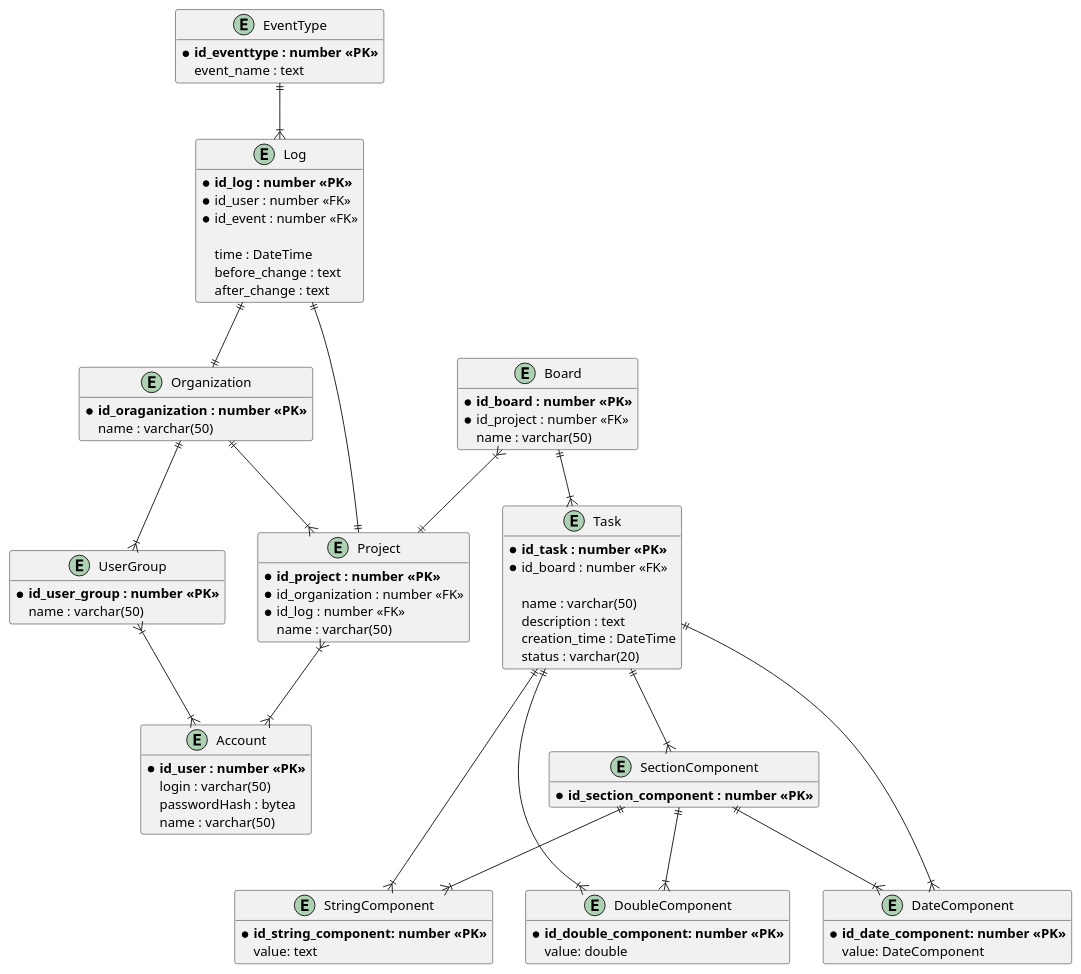
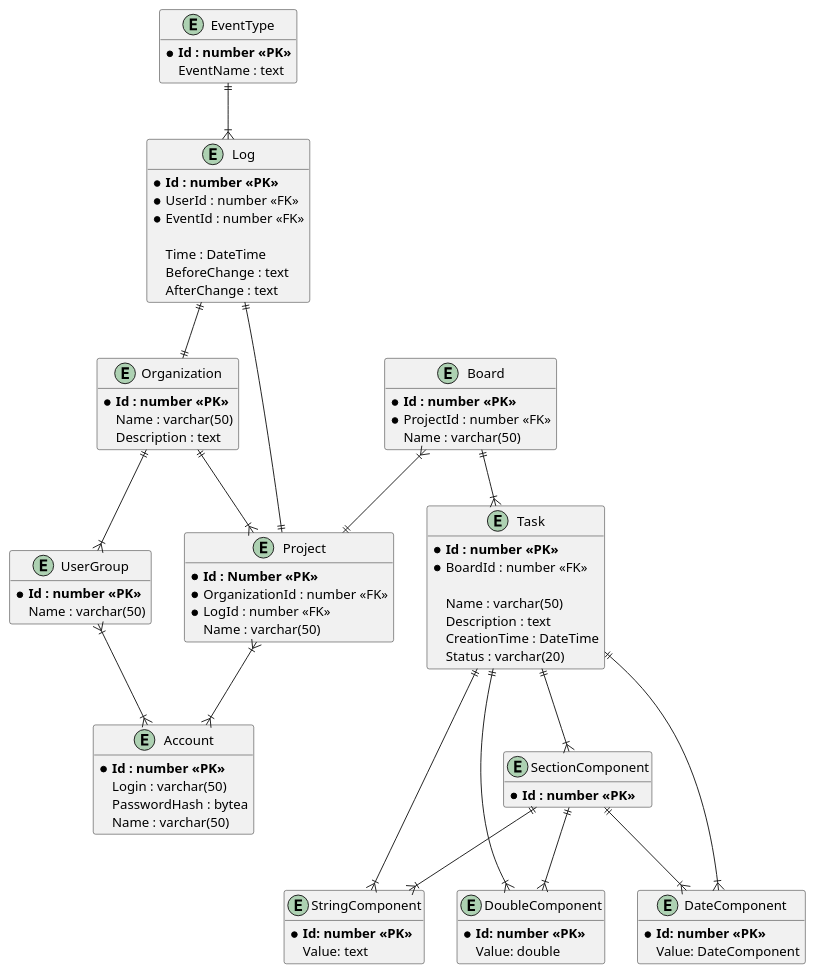
The diagram in doc/diagrams/database er.puml (HandsAndKeyboards/TFlic), drawn with PlantUML before and after one commit.

Commit message:
Изменил стиль наименовай атрибутов сущностей

```diff
--- a/doc/diagrams/database er.puml
+++ b/doc/diagrams/database er.puml
@@ -1,113 +1,114 @@
 @startuml "Диаграмма сущностей TFlick"
 'https://plantuml.com/class-diagram
 
 hide methods
 
 ''''''''''''''''DEFAULT''''''''''''
 
 entity Account {
-    * **id_user : number <<PK>>**
-    {field} login : varchar(50)
-    {field} passwordHash : bytea
-    {field} name : varchar(50)
+    * **Id : number <<PK>>**
+    {field} Login : varchar(50)
+    {field} PasswordHash : bytea
+    {field} Name : varchar(50)
 }   
 
 entity UserGroup {
-    * **id_user_group : number <<PK>>**
-    {field} name : varchar(50)
+    * **Id : number <<PK>>**
+    {field} Name : varchar(50)
 }
 UserGroup }|--|{ Account
 
 entity Organization {
-    * **id_oraganization : number <<PK>>**
-    {field} name : varchar(50)
+    * **Id : number <<PK>>**
+    {field} Name : varchar(50)
+    {field} Description : text
 }
 Organization ||--|{ UserGroup
 
 entity Project {
-    * **id_project : number <<PK>>**
-    * id_organization : number <<FK>>
-    * id_log : number <<FK>>
-    {field} name : varchar(50)
+    * **Id : Number <<PK>>**
+    * OrganizationId : number <<FK>>
+    * LogId : number <<FK>>
+    {field} Name : varchar(50)
 }
 Organization ||--|{ Project
 Project }|--|{ Account
 
 entity Board {
-    * **id_board : number <<PK>>**
-    * id_project : number <<FK>>
-    {field} name : varchar(50)
+    * **Id : number <<PK>>**
+    * ProjectId : number <<FK>>
+    {field} Name : varchar(50)
 } 
 
 Board }|--|| Project
 
 entity Task {
-    * **id_task : number <<PK>>**
-    * id_board : number <<FK>>
+    * **Id : number <<PK>>**
+    * BoardId : number <<FK>>
 
-    {field} name : varchar(50)
-    description : text
-    creation_time : DateTime
-    {field} status : varchar(20)
+    {field} Name : varchar(50)
+    Description : text
+    CreationTime : DateTime
+    {field} Status : varchar(20)
 }
 Board ||--|{ Task
 
 ''''''''''''''''COMPONENTS''''''''''''
 
 entity SectionComponent
 {
-    * **id_section_component : number <<PK>>**
+    * **Id : number <<PK>>**
 
 }
 Task||--|{ SectionComponent
 
 
 entity StringComponent
 {
-    * **id_string_component: number <<PK>>**
-    value: text
+    * **Id: number <<PK>>**
+    Value: text
 }
 Task ||--|{ StringComponent
 SectionComponent ||--|{ StringComponent
 
 entity DoubleComponent
 {
-    * **id_double_component: number <<PK>>**
-    value: double
+    * **Id: number <<PK>>**
+    Value: double
 }
 Task ||--|{ DoubleComponent 
 SectionComponent ||--|{ DoubleComponent
 
 
 entity DateComponent
 {
-    * **id_date_component: number <<PK>>**
-    value: DateComponent
+    * **Id: number <<PK>>**
+    Value: DateComponent
 }
 
 Task ||--|{ DateComponent
 SectionComponent ||--|{ DateComponent
 
 
 ''''''''''''''''LOGGING'''''''''''''
 
 entity Log {
-    * **id_log : number <<PK>>**
-    * id_user : number <<FK>>
-    * id_event : number <<FK>>
+    * **Id : number <<PK>>**
+    * UserId : number <<FK>>
+    * EventId : number <<FK>>
 
-    time : DateTime 
-    before_change : text
-    after_change : text
+    Time : DateTime 
+    BeforeChange : text
+    AfterChange : text
 }
 
 entity EventType {
-    * **id_eventtype : number <<PK>>**
-    event_name : text
+    * **Id : number <<PK>>**
+    EventName : text
 }
 
 EventType ||--|{ Log
 Log ||--|| Organization
 Log ||--|| Project
 
 @enduml
```
